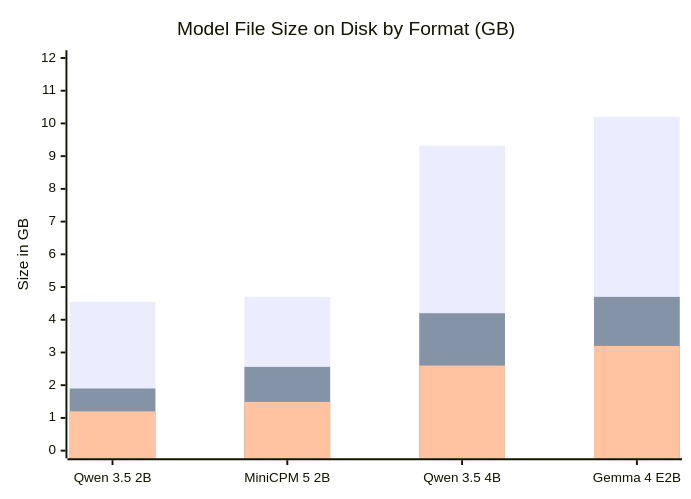
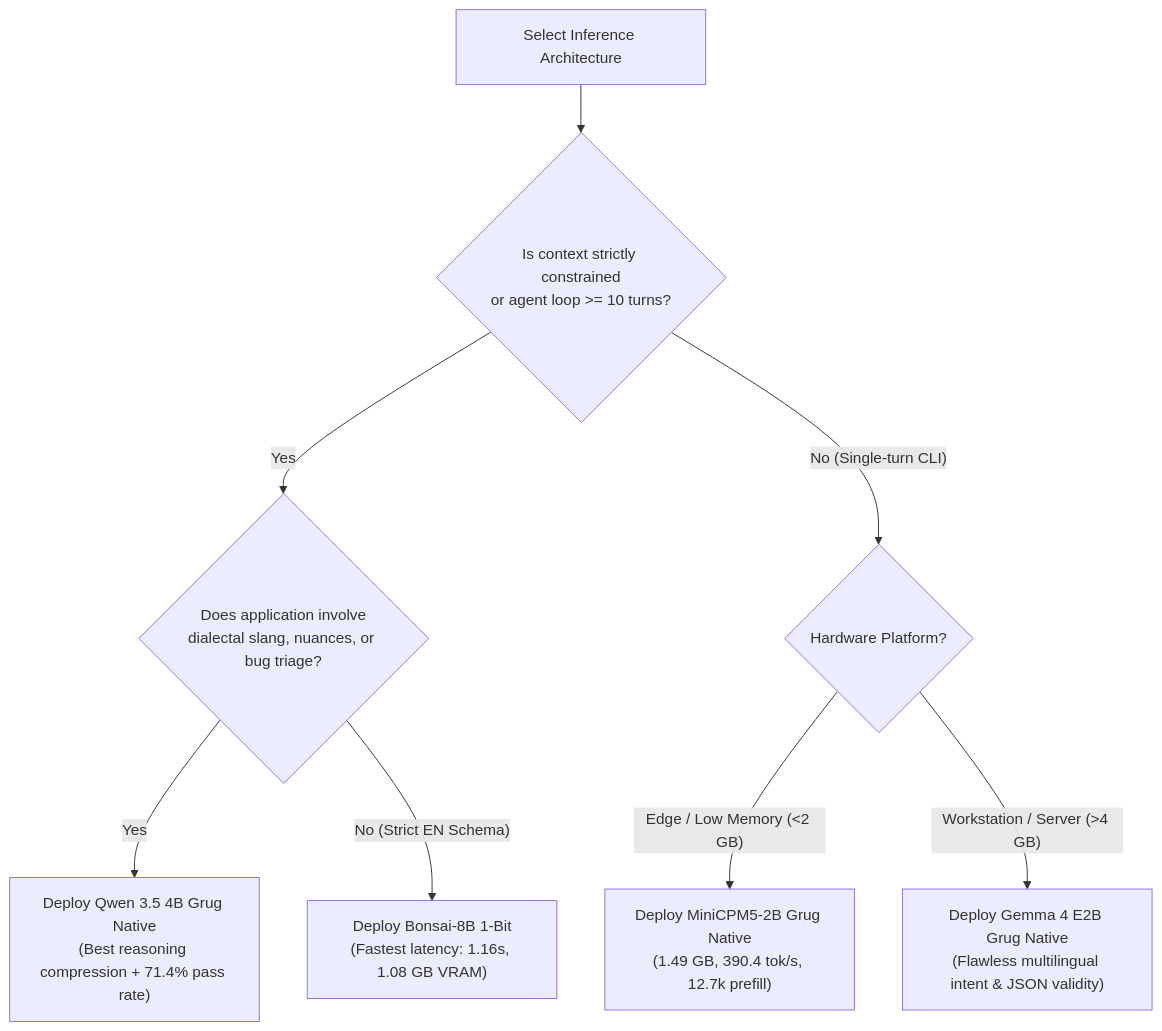
Before and after one commit to Nov4Saki/grug-speech-reasoning: the fifth of 5 diagrams in reports_and_decisions/grug_speech_technical_report.md, drawn with Mermaid. The commit also changed other lines of this file and 5 other files, not shown here.

Commit message:
docs(report): remake technical report with 11-model isolated benchmark, Grug vs Base proof, and 1-bit Bonsai scaling analysis

````diff
--- a/reports_and_decisions/grug_speech_technical_report.md
+++ b/reports_and_decisions/grug_speech_technical_report.md
@@ -184,9 +296,16 @@
 ```mermaid
-xychart-beta
-    title "Model File Size on Disk by Format (GB)"
-    x-axis ["Qwen 3.5 2B", "MiniCPM 5 2B", "Qwen 3.5 4B", "Gemma 4 E2B"]
-    y-axis "Size in GB" 0 --> 12
-    bar [4.55, 4.70, 9.32, 10.20]
-    bar [1.90, 2.56, 4.20, 4.70]
-    bar [1.20, 1.49, 2.60, 3.20]
+flowchart TD
+    Start["Select Inference Architecture"] --> Q1{"Is context strictly constrained
+or agent loop >= 10 turns?"}
+    Q1 -- "Yes" --> Q2{"Does application involve
+dialectal slang, nuances, or bug triage?"}
+    Q2 -- "Yes" --> Rec1["Deploy Qwen 3.5 4B Grug Native
+(Best reasoning compression + 71.4% pass rate)"]
+    Q2 -- "No (Strict EN Schema)" --> Rec2["Deploy Bonsai-8B 1-Bit
+(Fastest latency: 1.16s, 1.08 GB VRAM)"]
+    Q1 -- "No (Single-turn CLI)" --> Q3{"Hardware Platform?"}
+    Q3 -- "Edge / Low Memory (<2 GB)" --> Rec3["Deploy MiniCPM5-2B Grug Native
+(1.49 GB, 390.4 tok/s, 12.7k prefill)"]
+    Q3 -- "Workstation / Server (>4 GB)" --> Rec4["Deploy Gemma 4 E2B Grug Native
+(Flawless multilingual intent & JSON validity)"]
 ```
````
